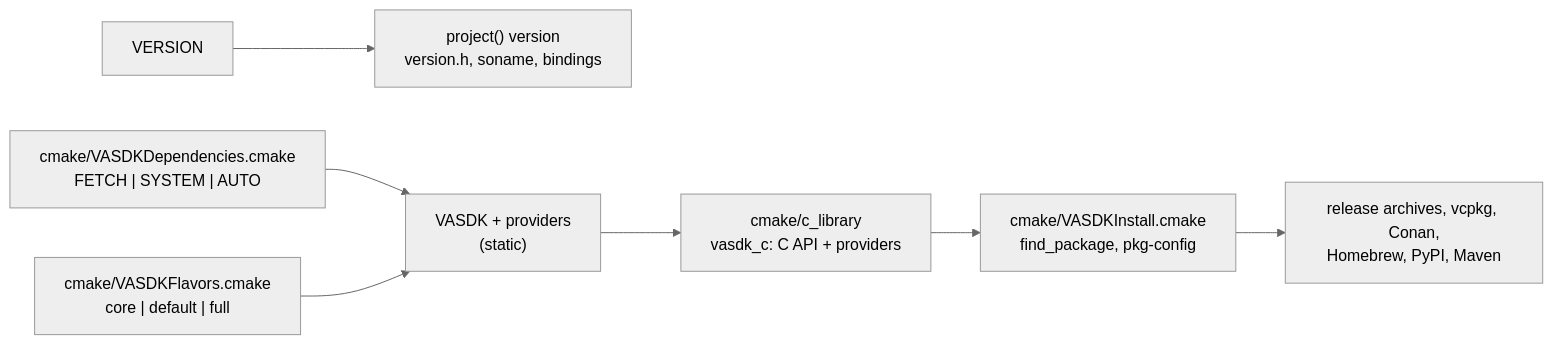
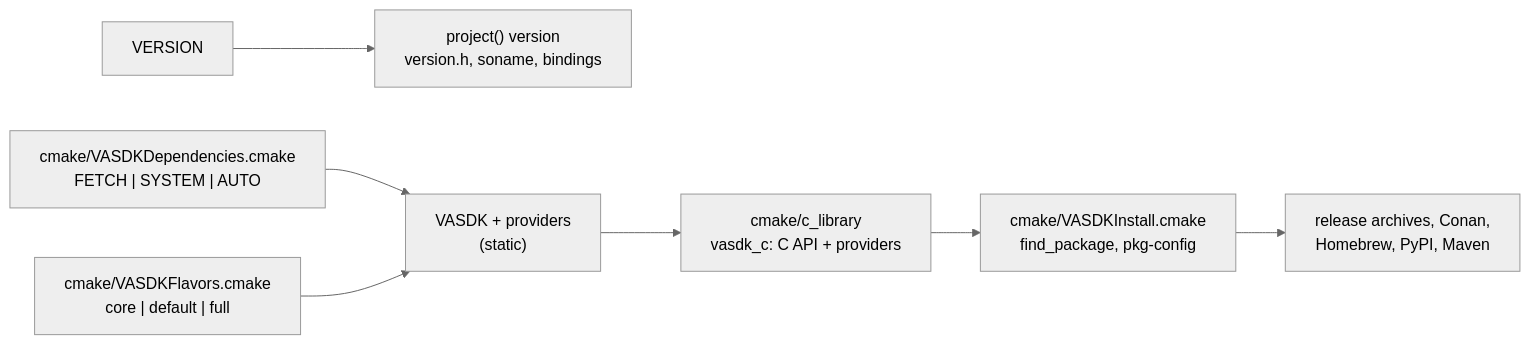
Before and after one commit to fatehmtd/VASDK: the diagram in skills/vasdk-packaging/SKILL.md, drawn with Mermaid (neutral theme). The commit also changed other lines of this file and 45 other files, not shown here.

````diff
--- a/skills/vasdk-packaging/SKILL.md
+++ b/skills/vasdk-packaging/SKILL.md
@@ -13,9 +13,9 @@
 ```mermaid
 flowchart LR
     V["VERSION"] --> P["project() version<br/>version.h, soname, bindings"]
     D["cmake/VASDKDependencies.cmake<br/>FETCH | SYSTEM | AUTO"] --> B["VASDK + providers<br/>(static)"]
     F["cmake/VASDKFlavors.cmake<br/>core | default | full"] --> B
     B --> C["cmake/c_library<br/>vasdk_c: C API + providers"]
     C --> I["cmake/VASDKInstall.cmake<br/>find_package, pkg-config"]
-    I --> R["release archives, vcpkg, Conan,<br/>Homebrew, PyPI, Maven"]
+    I --> R["release archives, Conan,<br/>Homebrew, PyPI, Maven"]
 ```
````
